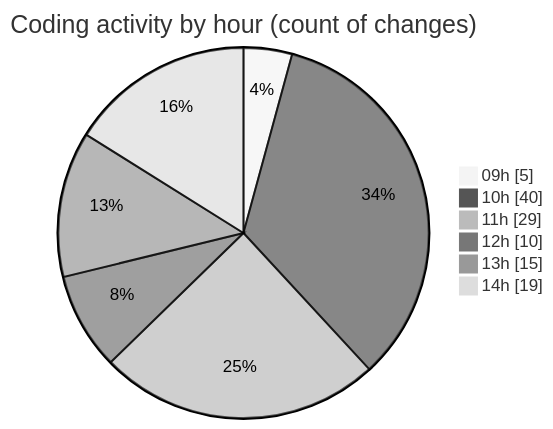
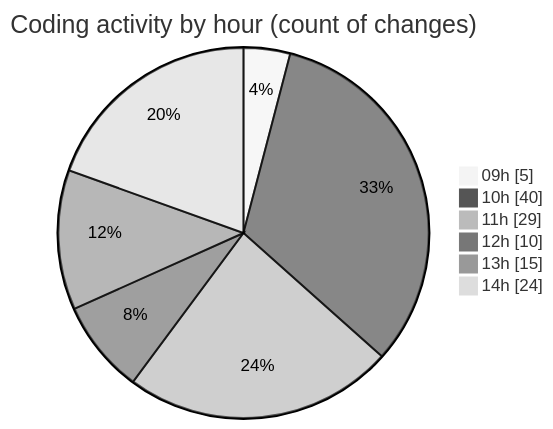
One commit to CELIANVF/code-tracking changed the second of 2 diagrams in 2025-06-02/ecodeli-1/README.md. Above: the diagram before and after it, drawn with Mermaid (neutral theme). The commit also changed other lines of this file and 1 other file, not shown here.

````diff
--- a/2025-06-02/ecodeli-1/README.md
+++ b/2025-06-02/ecodeli-1/README.md
@@ -83,10 +83,10 @@
 ```mermaid
 pie showData
 title Coding activity by hour (count of changes)
 "09h" : 5
 "10h" : 40
 "11h" : 29
 "12h" : 10
 "13h" : 15
-"14h" : 19
+"14h" : 24
 ```
````
